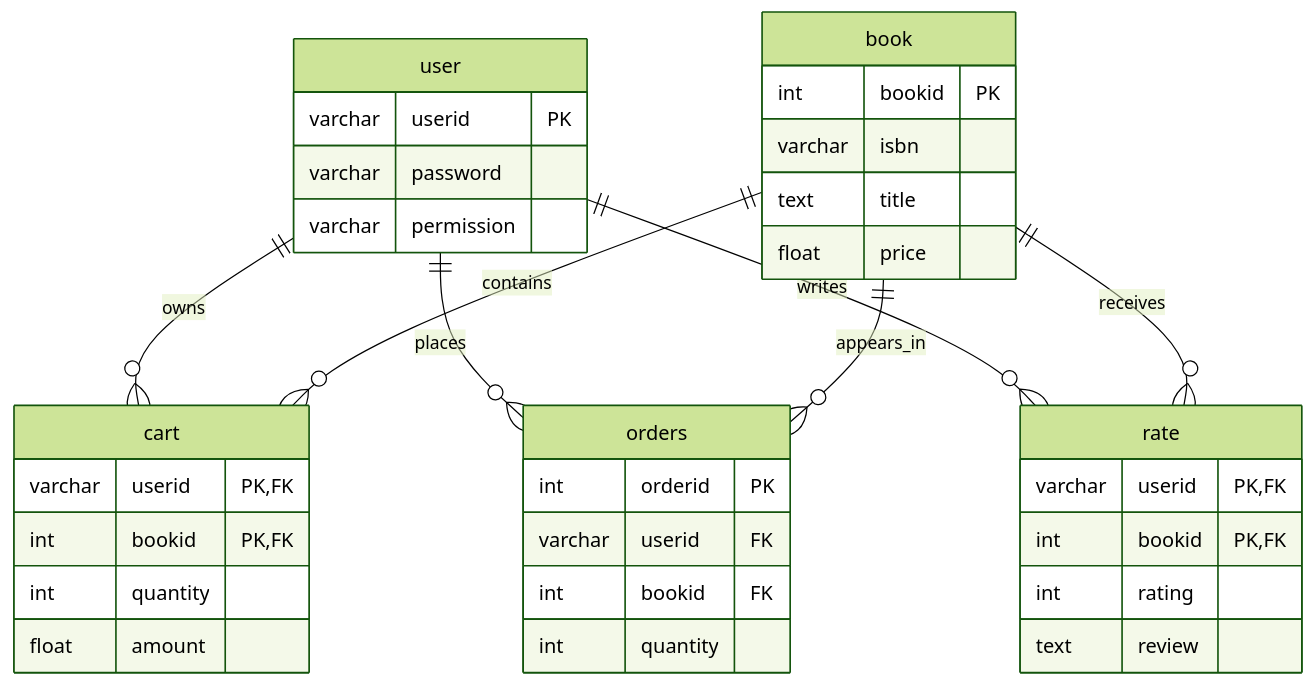
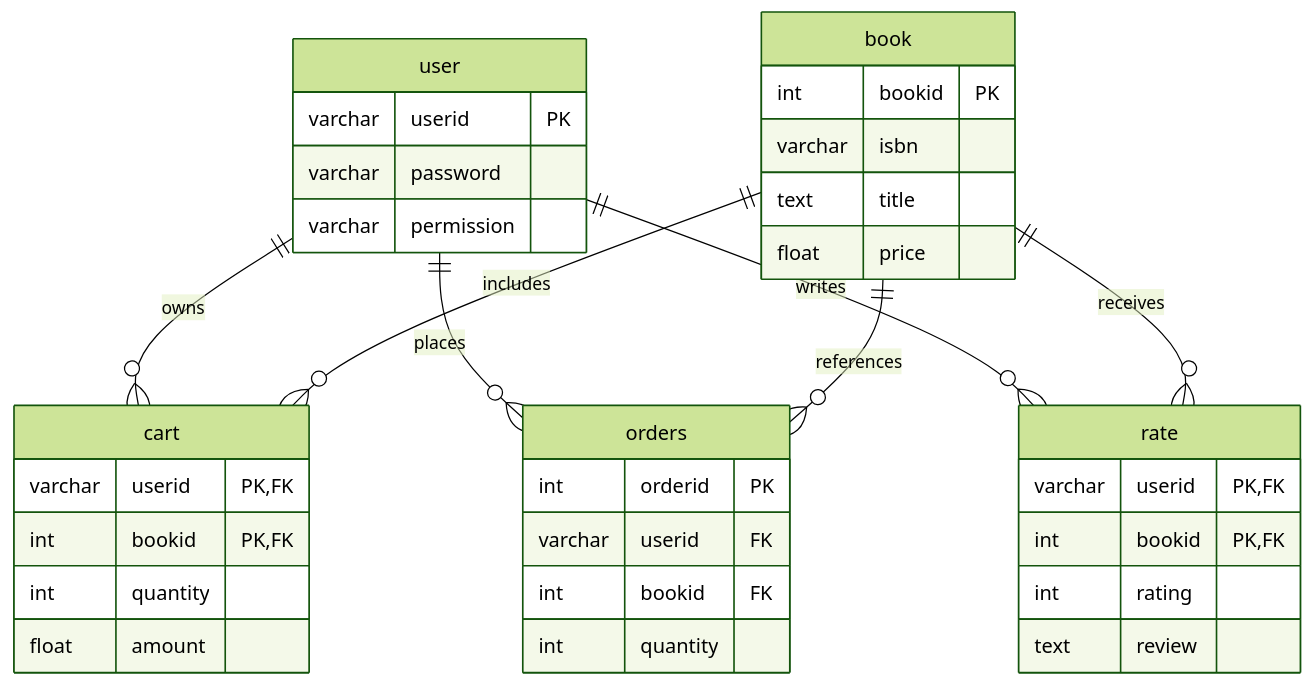
Before and after one commit to Heisenberg0607/online-bookstore-database: the diagram in README.md, drawn with Mermaid (forest theme). The commit also changed other lines of this file and 62 other files, not shown here.

````diff
--- a/README.md
+++ b/README.md
@@ -36,38 +35,38 @@
 ```mermaid
 erDiagram
     user ||--o{ cart : owns
-    book ||--o{ cart : contains
+    book ||--o{ cart : includes
     user ||--o{ orders : places
-    book ||--o{ orders : appears_in
+    book ||--o{ orders : references
     user ||--o{ rate : writes
     book ||--o{ rate : receives
     user {
       varchar userid PK
       varchar password
       varchar permission
     }
     book {
       int bookid PK
       varchar isbn
       text title
       float price
     }
     cart {
       varchar userid PK,FK
       int bookid PK,FK
       int quantity
       float amount
     }
     orders {
       int orderid PK
       varchar userid FK
       int bookid FK
       int quantity
     }
     rate {
       varchar userid PK,FK
       int bookid PK,FK
       int rating
       text review
     }
 ```
````
